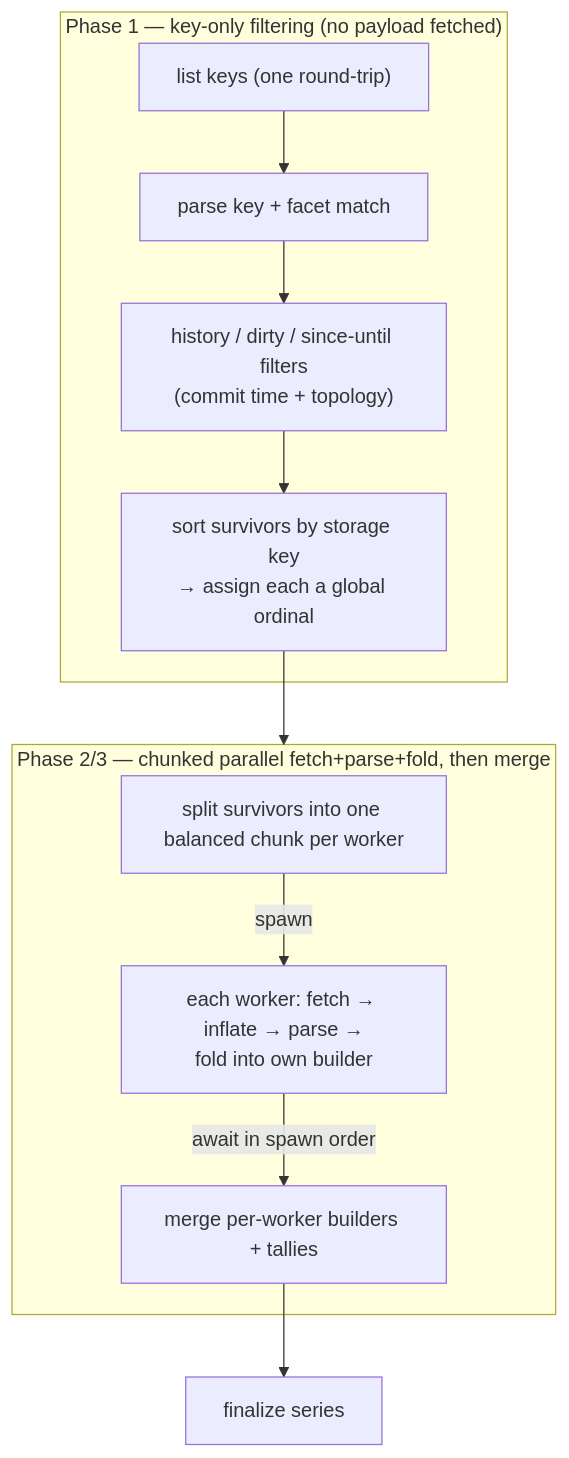
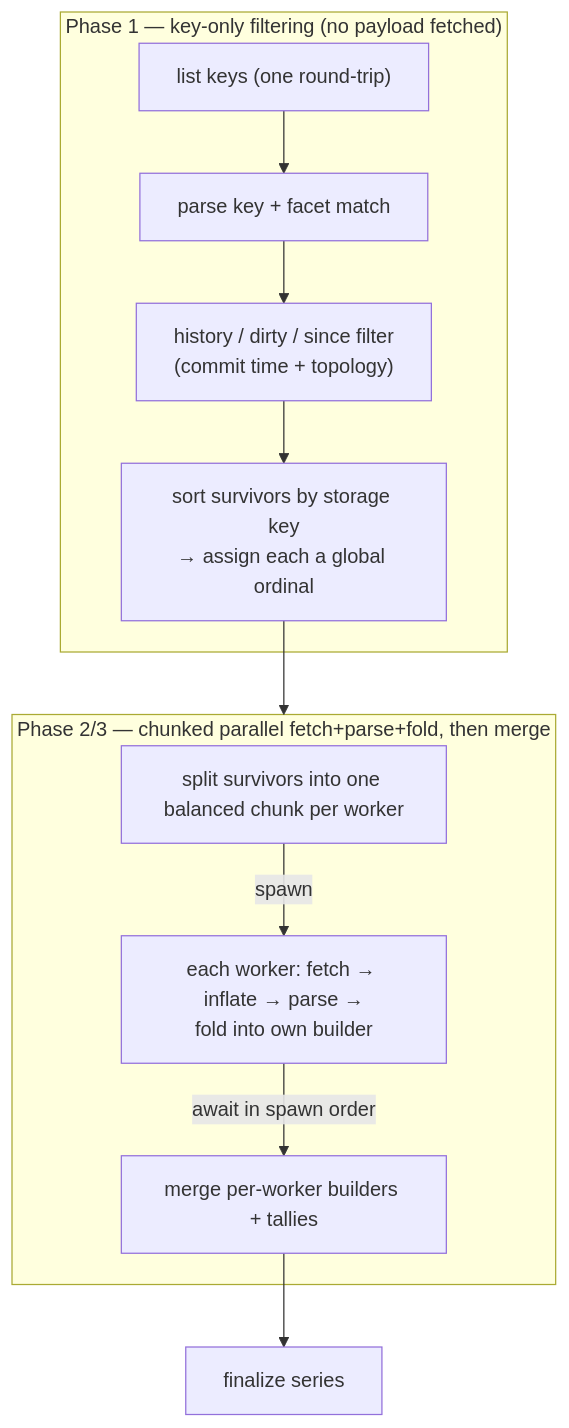
The second of 4 diagrams in packages/cargo-bench-history/docs/analyze.md (folo-rs/folo), drawn with Mermaid before and after one commit. The commit also changed other lines of this file and 15 other files, not shown here.

First line of the commit message:
Remove --until flag from cargo-bench-history

````diff
--- a/packages/cargo-bench-history/docs/analyze.md
+++ b/packages/cargo-bench-history/docs/analyze.md
@@ -55,15 +55,15 @@
 ```mermaid
 flowchart TD
   subgraph P1["Phase 1 — key-only filtering (no payload fetched)"]
     L["list keys (one round-trip)"] --> KF["parse key + facet match"]
-    KF --> WF["history / dirty / since-until filters\n(commit time + topology)"]
+    KF --> WF["history / dirty / since filter\n(commit time + topology)"]
     WF --> SK["sort survivors by storage key\n→ assign each a global ordinal"]
   end
   SK --> P23
   subgraph P23["Phase 2/3 — chunked parallel fetch+parse+fold, then merge"]
     LOAD["split survivors into one balanced chunk per worker"]
     LOAD -->|spawn| WORK["each worker: fetch → inflate → parse →\nfold into own builder"]
     WORK -->|await in spawn order| MERGE["merge per-worker builders + tallies"]
   end
   MERGE --> FIN["finalize series"]
 ```
````
